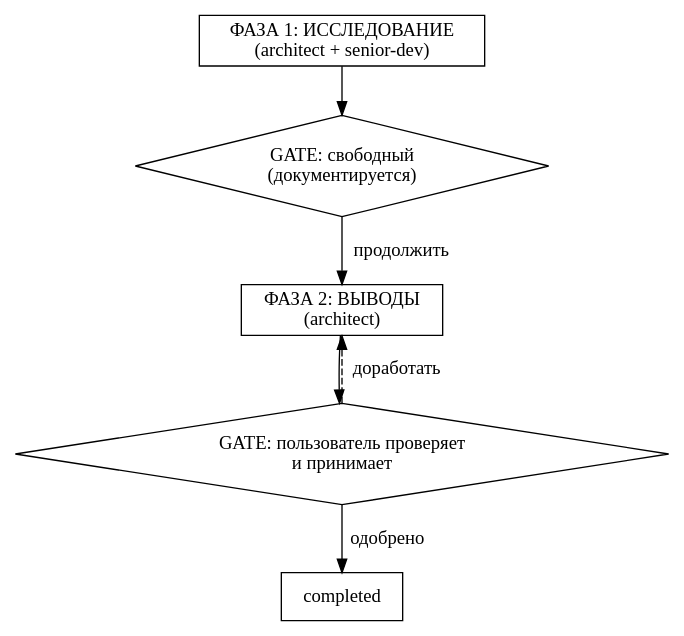
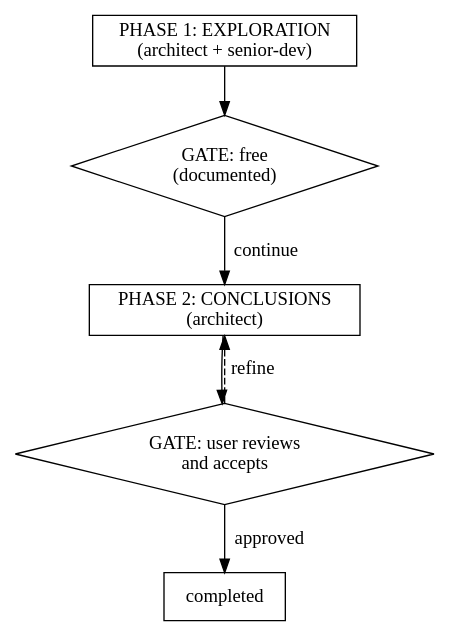
Before and after one commit to grigoriev/alfred-dev: the third of 3 diagrams in agents/alfred.md, drawn with Graphviz. The commit also changed other lines of this file and 104 other files, not shown here.

````diff
--- a/agents/alfred.md
+++ b/agents/alfred.md
@@ -197,18 +168,18 @@
 ```dot
 digraph spike_flow {
     rankdir=TB;
     node [shape=box];
 
-    exploration [label="ФАЗА 1: ИССЛЕДОВАНИЕ\n(architect + senior-dev)"];
-    conclusions [label="ФАЗА 2: ВЫВОДЫ\n(architect)"];
+    exploration [label="PHASE 1: EXPLORATION\n(architect + senior-dev)"];
+    conclusions [label="PHASE 2: CONCLUSIONS\n(architect)"];
 
-    gate_exp [label="GATE: свободный\n(документируется)" shape=diamond];
-    gate_con [label="GATE: пользователь проверяет\nи принимает" shape=diamond];
+    gate_exp [label="GATE: free\n(documented)" shape=diamond];
+    gate_con [label="GATE: user reviews\nand accepts" shape=diamond];
 
     exploration -> gate_exp;
-    gate_exp -> conclusions [label="продолжить"];
+    gate_exp -> conclusions [label="continue"];
     conclusions -> gate_con;
-    gate_con -> completed [label="одобрено" shape=doublecircle];
-    gate_con -> conclusions [label="доработать" style=dashed];
+    gate_con -> completed [label="approved" shape=doublecircle];
+    gate_con -> conclusions [label="refine" style=dashed];
 }
 ```
````
